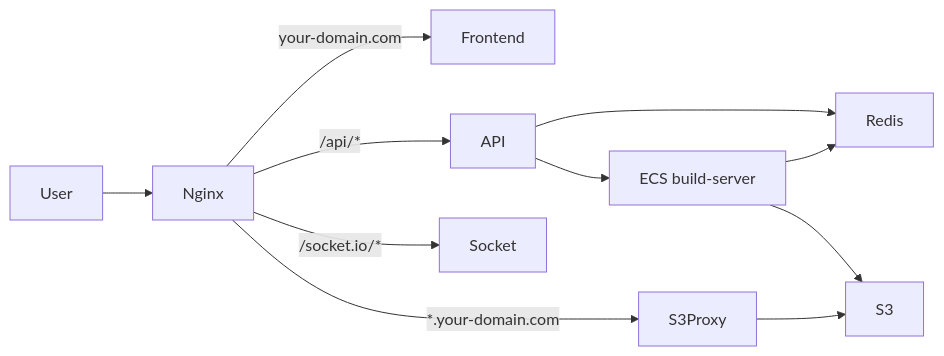
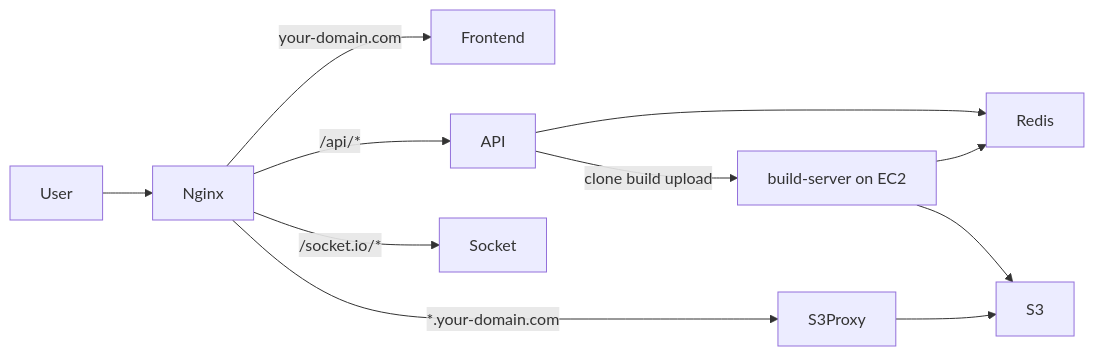
The diagram in deploy/DEPLOY.md (AhadSohail2/deploy-vercel), drawn with Mermaid before and after one commit. The commit also changed other lines of this file and 10 other files, not shown here.

First line of the commit message:
Implement local build server and enhance API validation

````diff
--- a/deploy/DEPLOY.md
+++ b/deploy/DEPLOY.md
@@ -16,13 +16,13 @@
 ```mermaid
 flowchart LR
     User --> Nginx
     Nginx -->|your-domain.com| Frontend
     Nginx -->|/api/*| API
     Nginx -->|/socket.io/*| Socket
     Nginx -->|*.your-domain.com| S3Proxy
     S3Proxy --> S3
     API --> Redis
-    ECSBuild[ECS build-server] --> Redis
-    ECSBuild --> S3
-    API --> ECSBuild
+    API -->|clone build upload| BuildJob[build-server on EC2]
+    BuildJob --> Redis
+    BuildJob --> S3
 ```
````
